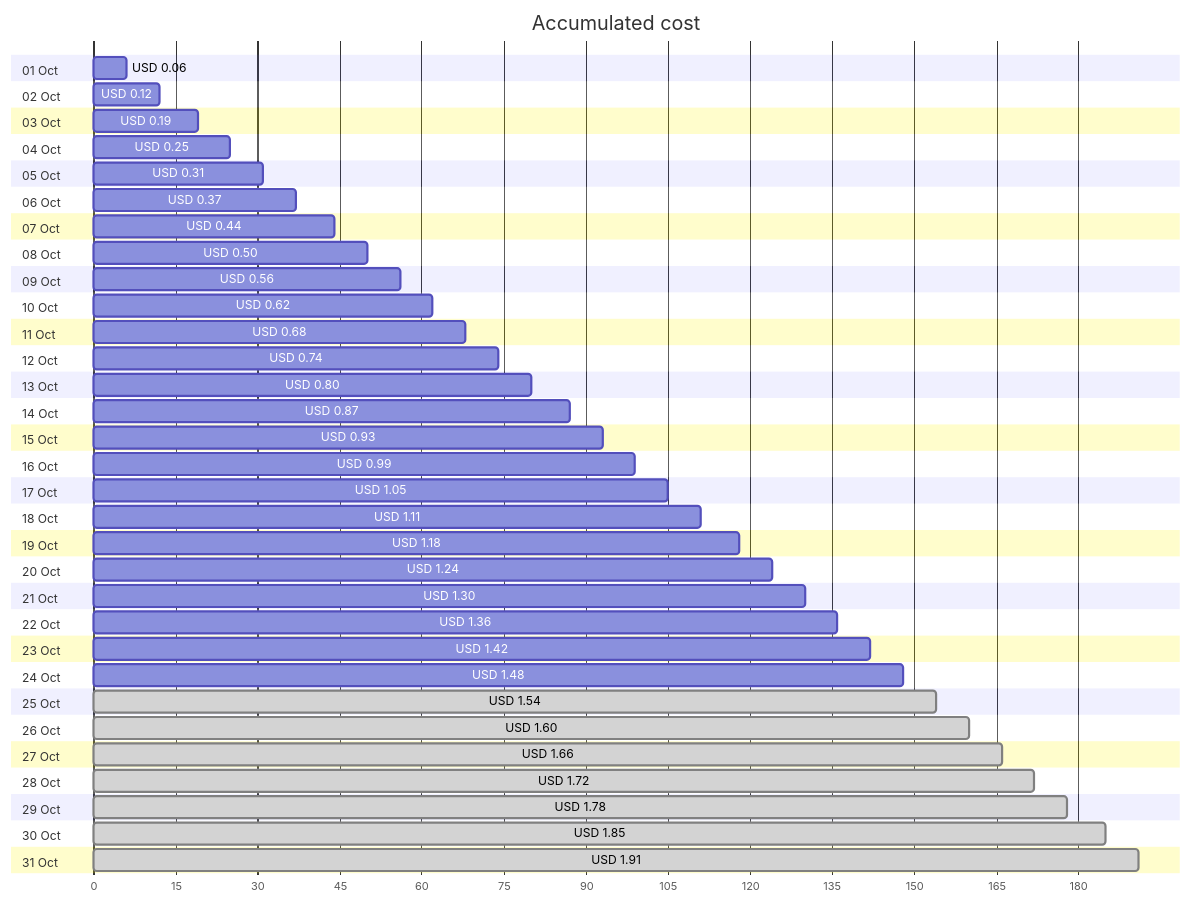
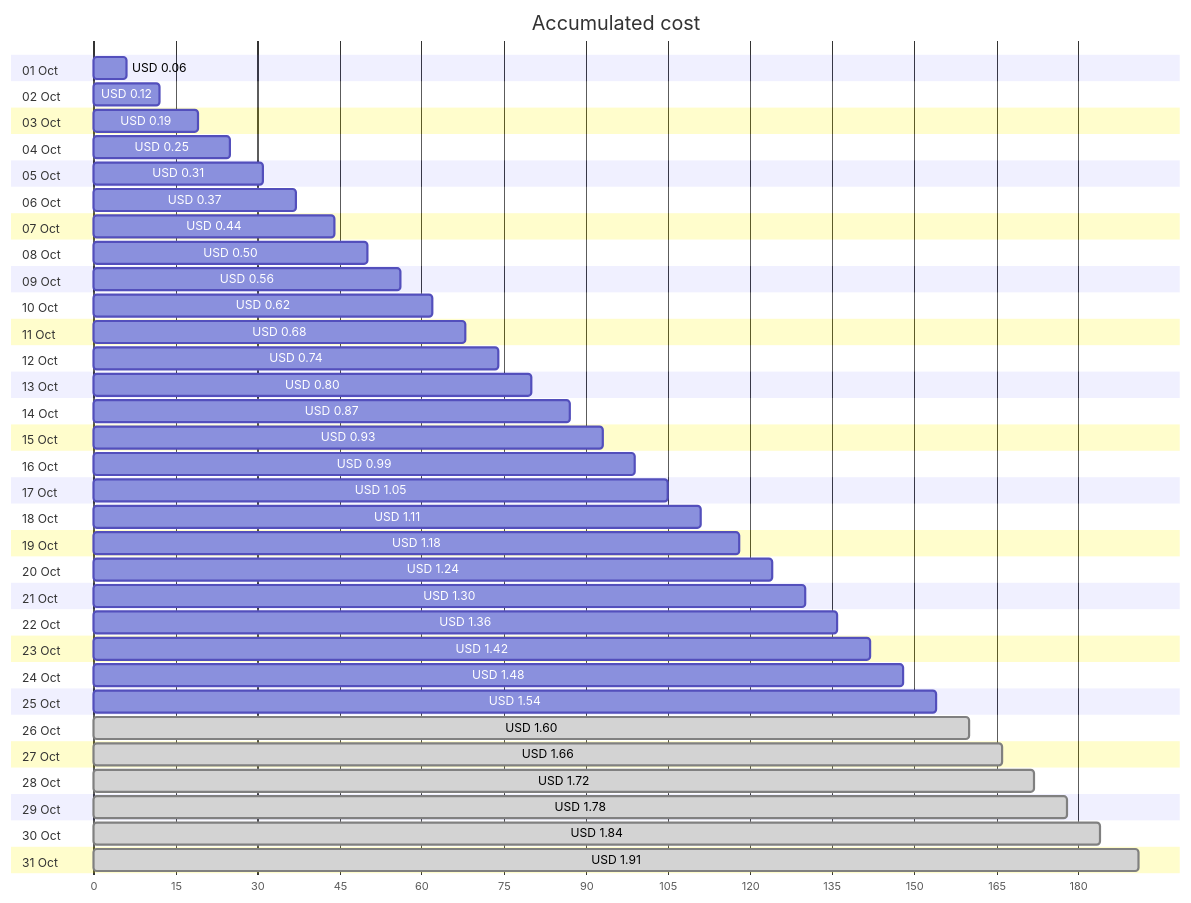
One commit to jpfulton/azure-personal-reports changed the first of 4 diagrams in cost-reports/personal-network/vpn-server_OsDisk.md. Above: the diagram before and after it, drawn with Mermaid. The commit also changed other lines of this file and 7 other files, not shown here.

````diff
--- a/cost-reports/personal-network/vpn-server_OsDisk.md
+++ b/cost-reports/personal-network/vpn-server_OsDisk.md
@@ -20,68 +20,68 @@
 ```mermaid
 gantt
    title Accumulated cost
    dateFormat  X
    axisFormat %s
    section 01 Oct
    USD 0.06 :0, 6
    section 02 Oct
    USD 0.12 :0, 12
    section 03 Oct
    USD 0.19 :0, 19
    section 04 Oct
    USD 0.25 :0, 25
    section 05 Oct
    USD 0.31 :0, 31
    section 06 Oct
    USD 0.37 :0, 37
    section 07 Oct
    USD 0.44 :0, 44
    section 08 Oct
    USD 0.50 :0, 50
    section 09 Oct
    USD 0.56 :0, 56
    section 10 Oct
    USD 0.62 :0, 62
    section 11 Oct
    USD 0.68 :0, 68
    section 12 Oct
    USD 0.74 :0, 74
    section 13 Oct
    USD 0.80 :0, 80
    section 14 Oct
    USD 0.87 :0, 87
    section 15 Oct
    USD 0.93 :0, 93
    section 16 Oct
    USD 0.99 :0, 99
    section 17 Oct
    USD 1.05 :0, 105
    section 18 Oct
    USD 1.11 :0, 111
    section 19 Oct
    USD 1.18 :0, 118
    section 20 Oct
    USD 1.24 :0, 124
    section 21 Oct
    USD 1.30 :0, 130
    section 22 Oct
    USD 1.36 :0, 136
    section 23 Oct
    USD 1.42 :0, 142
    section 24 Oct
    USD 1.48 :0, 148
    section 25 Oct
-   USD 1.54 : done, 0, 154
+   USD 1.54 :0, 154
    section 26 Oct
    USD 1.60 : done, 0, 160
    section 27 Oct
    USD 1.66 : done, 0, 166
    section 28 Oct
    USD 1.72 : done, 0, 172
    section 29 Oct
    USD 1.78 : done, 0, 178
    section 30 Oct
-   USD 1.85 : done, 0, 185
+   USD 1.84 : done, 0, 184
    section 31 Oct
    USD 1.91 : done, 0, 191
 ```
````
